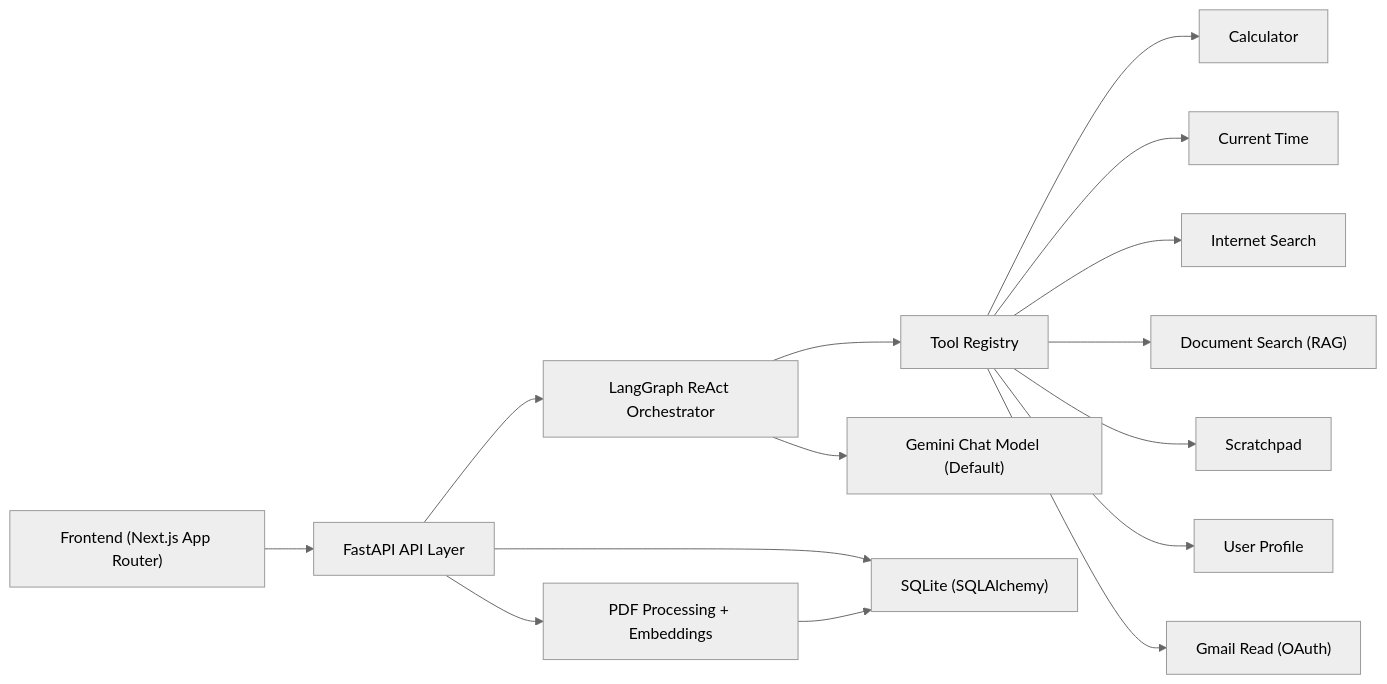
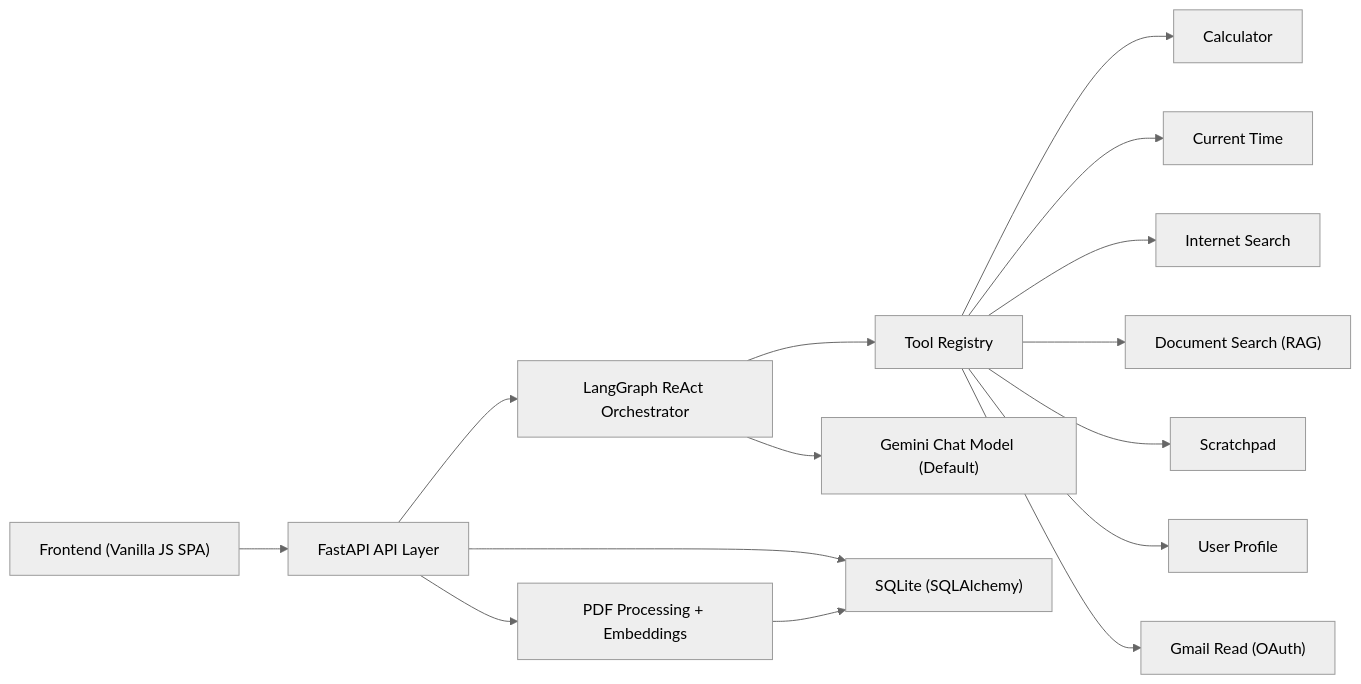
One commit to gtpooniwala/personal-agent changed the diagram in README.md. Above: the diagram before and after it, drawn with Mermaid (neutral theme). The commit also changed other lines of this file and 10 other files, not shown here.

First line of the commit message:
docs: publish runtime migration architecture contract

````diff
--- a/README.md
+++ b/README.md
@@ -18,19 +18,19 @@
 ```mermaid
 flowchart LR
-    UI["Frontend (Next.js App Router)"] --> API["FastAPI API Layer"]
+    UI["Frontend (Vanilla JS SPA)"] --> API["FastAPI API Layer"]
     API --> ORCH["LangGraph ReAct Orchestrator"]
     ORCH --> REG["Tool Registry"]
     ORCH --> LLM["Gemini Chat Model (Default)"]
 
     REG --> CALC["Calculator"]
     REG --> TIME["Current Time"]
     REG --> SEARCH["Internet Search"]
     REG --> DOCS["Document Search (RAG)"]
     REG --> PAD["Scratchpad"]
     REG --> PROFILE["User Profile"]
     REG --> GMAIL["Gmail Read (OAuth)"]
 
     API --> DB["SQLite (SQLAlchemy)"]
     API --> DOCPROC["PDF Processing + Embeddings"]
     DOCPROC --> DB
 ```
````
